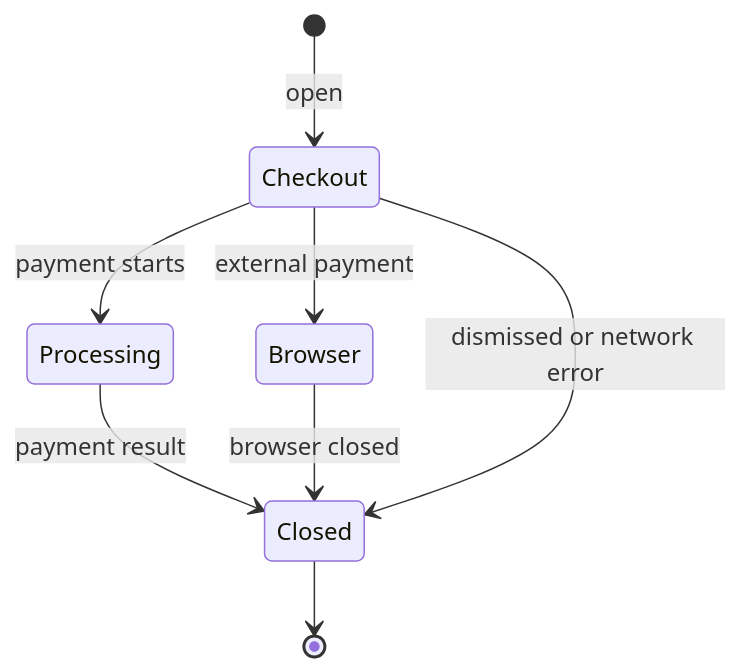
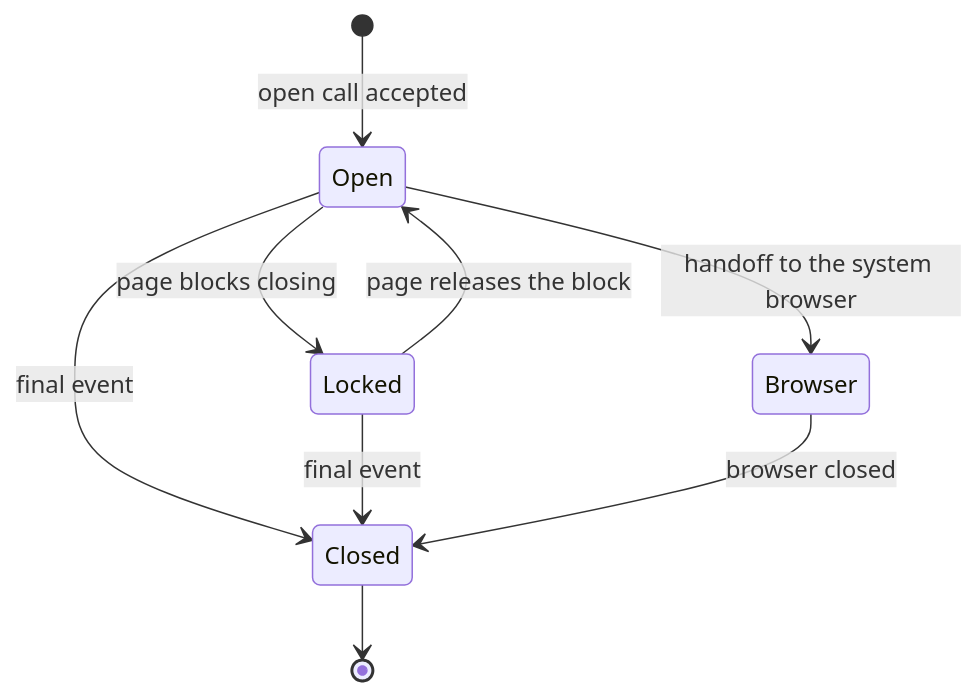
One commit to stashgg/stash-native changed the second of 2 diagrams in docs/architecture/index.md. Above: the diagram before and after it, drawn with Mermaid. The commit also changed other lines of this file and 30 other files, not shown here.

````diff
--- a/docs/architecture/index.md
+++ b/docs/architecture/index.md
@@ -35,10 +37,11 @@
 ```mermaid
 stateDiagram-v2
-    [*] --> Checkout: open
-    Checkout --> Processing: payment starts
-    Processing --> Closed: payment result
-    Checkout --> Browser: external payment
+    [*] --> Open: open call accepted
+    Open --> Locked: page blocks closing
+    Locked --> Open: page releases the block
+    Open --> Closed: final event
+    Locked --> Closed: final event
+    Open --> Browser: handoff to the system browser
     Browser --> Closed: browser closed
-    Checkout --> Closed: dismissed or network error
     Closed --> [*]
 ```
````
